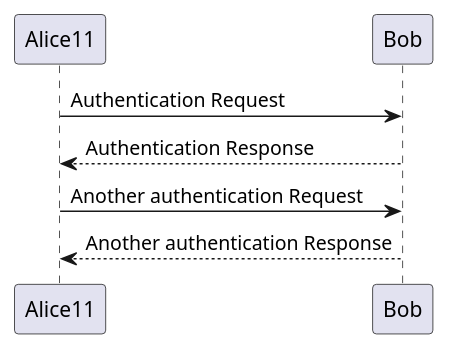
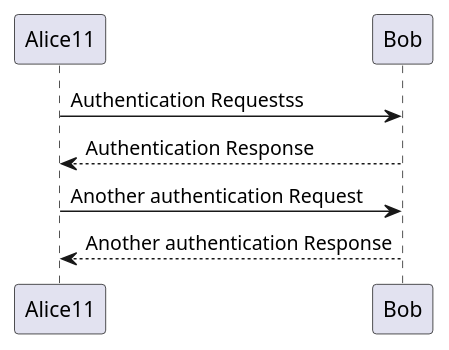
Before and after one commit to VamshiAnumolu/plant-uml-action: the diagram in docs/architecture/new.puml, drawn with PlantUML.

```diff
--- a/docs/architecture/new.puml
+++ b/docs/architecture/new.puml
@@ -1,7 +1,7 @@
 @startuml
-Alice11 -> Bob: Authentication Request
+Alice11 -> Bob: Authentication Requestss
 Bob --> Alice11: Authentication Response
 
 Alice11 -> Bob: Another authentication Request
 Alice11 <-- Bob: Another authentication Response
 @enduml
```
